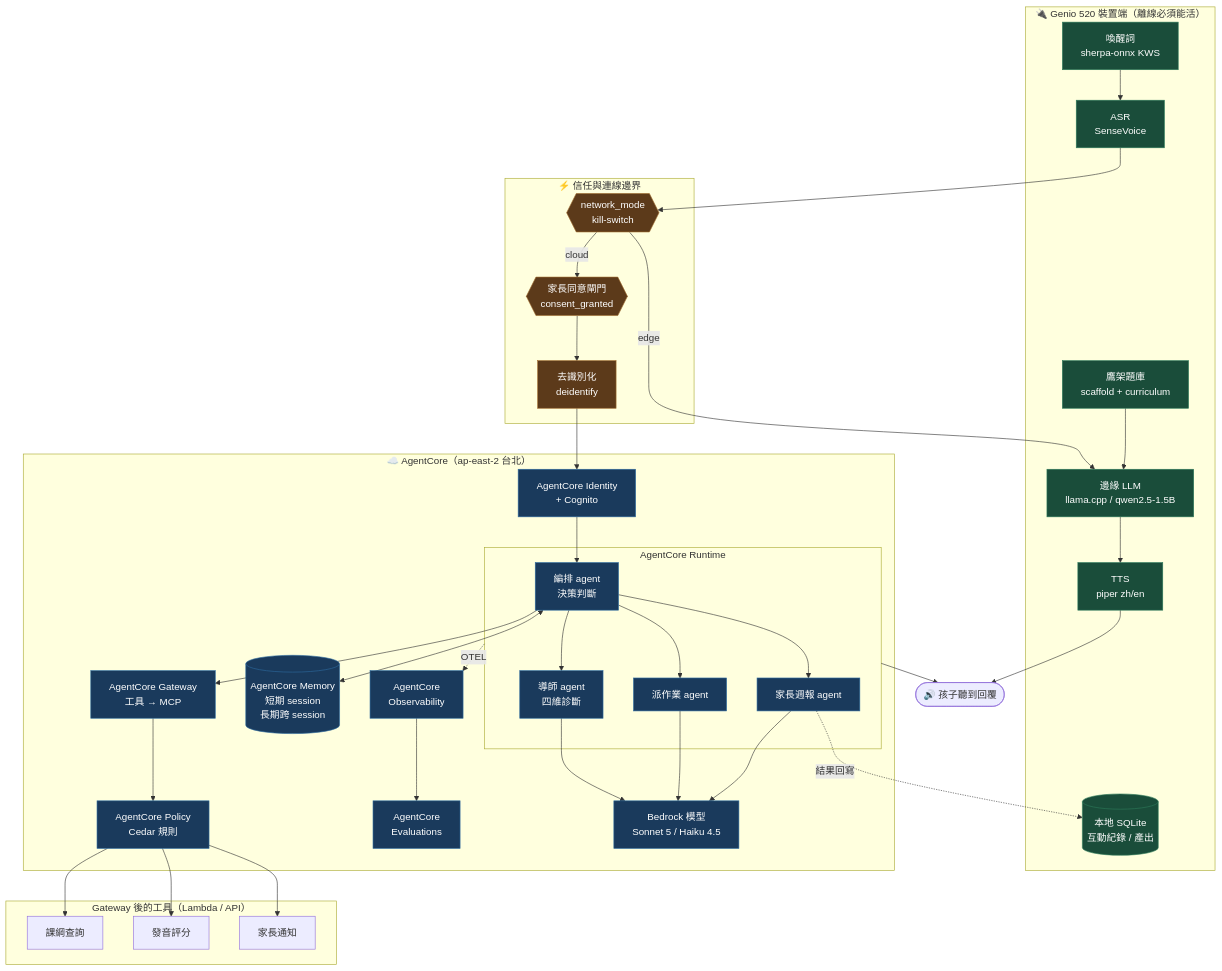
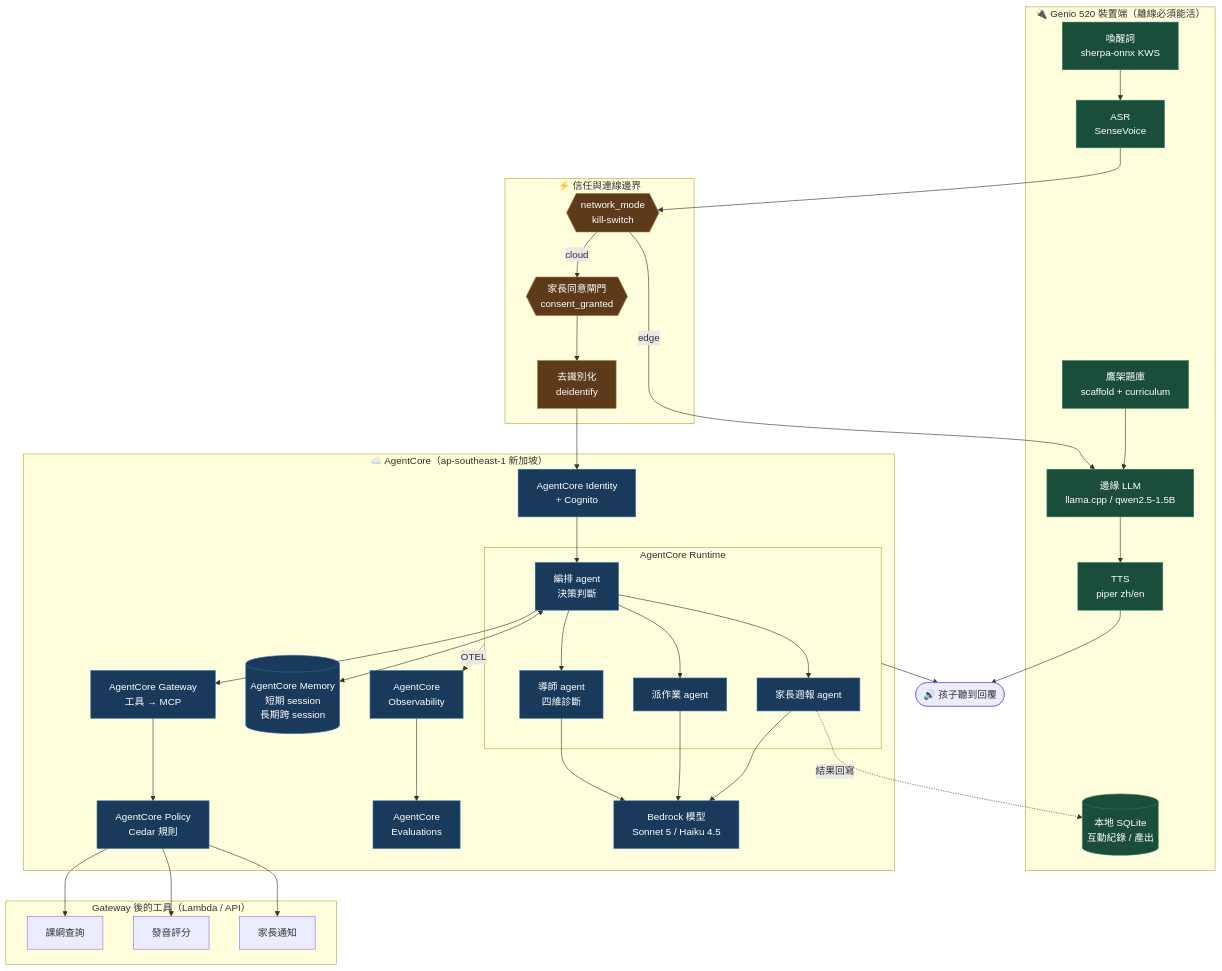
Before and after one commit to bbudaedu/talkybuddy: the first of 4 diagrams in docs/AGENTCORE_ARCHITECTURE.md, drawn with Mermaid. The commit also changed other lines of this file and 1 other file, not shown here.

````diff
--- a/docs/AGENTCORE_ARCHITECTURE.md
+++ b/docs/AGENTCORE_ARCHITECTURE.md
@@ -46,62 +46,62 @@
 ```mermaid
 flowchart TB
     subgraph EDGE["🔌 Genio 520 裝置端（離線必須能活）"]
         WAKE["喚醒詞<br/>sherpa-onnx KWS"]
         ASR["ASR<br/>SenseVoice"]
         ELLM["邊緣 LLM<br/>llama.cpp / qwen2.5-1.5B"]
         ETTS["TTS<br/>piper zh/en"]
         SQLITE[("本地 SQLite<br/>互動紀錄 / 產出")]
         SCAF["鷹架題庫<br/>scaffold + curriculum"]
     end
 
     subgraph BOUNDARY["⚡ 信任與連線邊界"]
         KILL{{"network_mode<br/>kill-switch"}}
         CONSENT{{"家長同意閘門<br/>consent_granted"}}
         DEID["去識別化<br/>deidentify"]
     end
 
-    subgraph CLOUD["☁️ AgentCore（ap-east-2 台北）"]
+    subgraph CLOUD["☁️ AgentCore（ap-southeast-1 新加坡）"]
         subgraph RT["AgentCore Runtime"]
             ORCH["編排 agent<br/>決策判斷"]
             TUTOR["導師 agent<br/>四維診斷"]
             HW["派作業 agent"]
             RPT["家長週報 agent"]
         end
         MEM[("AgentCore Memory<br/>短期 session<br/>長期跨 session")]
         GW["AgentCore Gateway<br/>工具 → MCP"]
         IDP["AgentCore Identity<br/>+ Cognito"]
         POL["AgentCore Policy<br/>Cedar 規則"]
         OBS["AgentCore<br/>Observability"]
         EVAL["AgentCore<br/>Evaluations"]
         FM["Bedrock 模型<br/>Sonnet 5 / Haiku 4.5"]
     end
 
     subgraph TOOLS["Gateway 後的工具（Lambda / API）"]
         T1["課綱查詢"]
         T2["發音評分"]
         T3["家長通知"]
     end
 
     WAKE --> ASR --> KILL
     KILL -->|edge| ELLM
     ELLM --> ETTS
     SCAF --> ELLM
     KILL -->|cloud| CONSENT --> DEID --> IDP
     IDP --> ORCH
     ORCH --> TUTOR & HW & RPT
     ORCH <--> MEM
     TUTOR & HW & RPT --> FM
     ORCH --> GW --> POL
     POL --> T1 & T2 & T3
     RT -.OTEL.-> OBS --> EVAL
     RPT -.結果回寫.-> SQLITE
     ETTS --> OUT(["🔊 孩子聽到回覆"])
     RT --> OUT
 
     classDef edge fill:#1a4d3a,stroke:#2d7a5a,color:#fff
     classDef cloud fill:#1a3a5c,stroke:#2d6a9f,color:#fff
     classDef gate fill:#5c3a1a,stroke:#9f6a2d,color:#fff
     class WAKE,ASR,ELLM,ETTS,SQLITE,SCAF edge
     class ORCH,TUTOR,HW,RPT,MEM,GW,IDP,POL,OBS,EVAL,FM cloud
     class KILL,CONSENT,DEID gate
 ```
````
